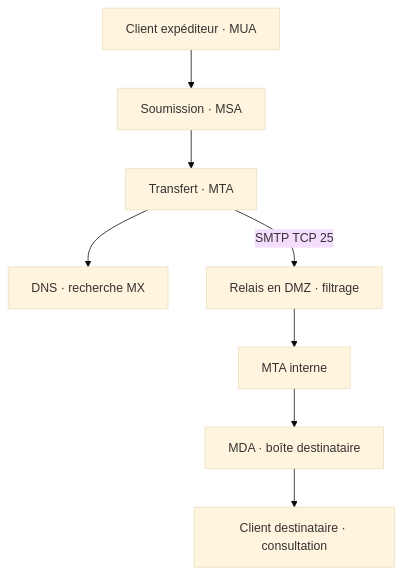
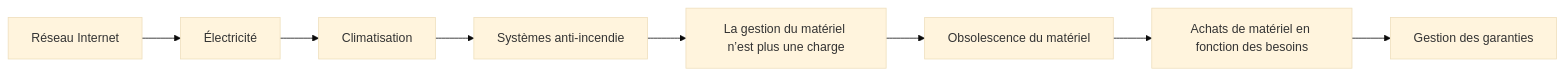
Before and after one commit to sk34pk25/tssr-cours: the fourth of 5 diagrams in docs/modules/14-messagerie-cloud/module-01.md, drawn with Mermaid (base theme). The commit also changed other lines of this file and 3 other files, not shown here.

````diff
--- a/docs/modules/14-messagerie-cloud/module-01.md
+++ b/docs/modules/14-messagerie-cloud/module-01.md
@@ -63,8 +96,18 @@
 ```mermaid
-flowchart TB
-    U["Client expéditeur · MUA"] --> S["Soumission · MSA"] --> M["Transfert · MTA"]
-    M --> D["DNS · recherche MX"]
-    M -->|"SMTP TCP 25"| R["Relais en DMZ · filtrage"]
-    R --> T["MTA interne"] --> B["MDA · boîte destinataire"]
-    B --> L["Client destinataire · consultation"]
+flowchart LR
+    N1["Réseau Internet"]
+    N2["Électricité"]
+    N3["Climatisation"]
+    N4["Systèmes anti-incendie"]
+    N5["La gestion du matériel n’est plus une charge"]
+    N6["Obsolescence du matériel"]
+    N7["Achats de matériel en fonction des besoins"]
+    N8["Gestion des garanties"]
+    N1 --> N2
+    N2 --> N3
+    N3 --> N4
+    N4 --> N5
+    N5 --> N6
+    N6 --> N7
+    N7 --> N8
 ```
````
